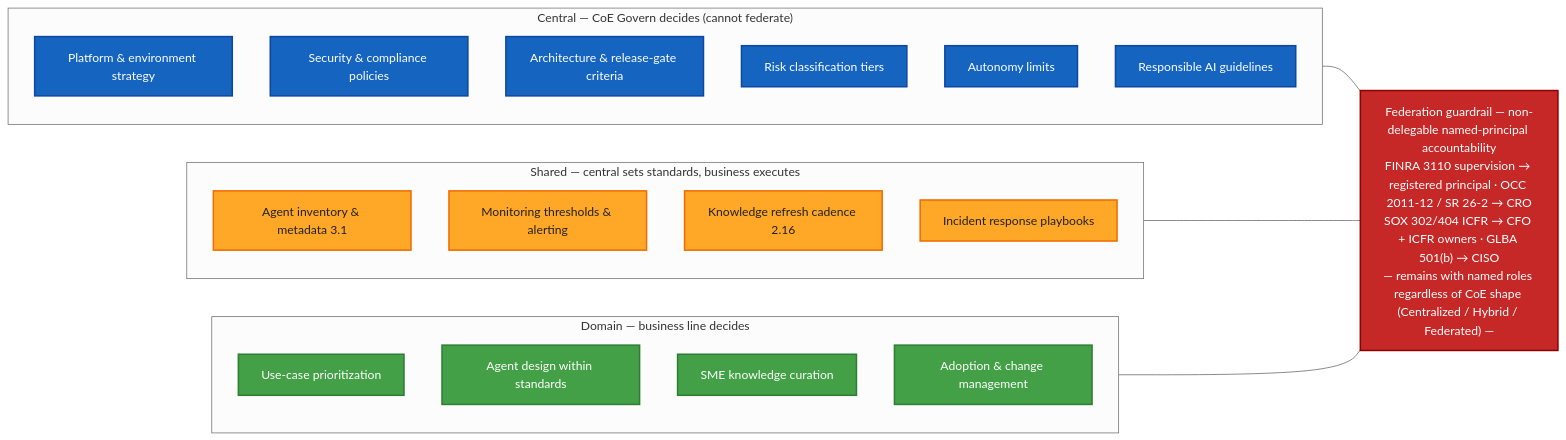
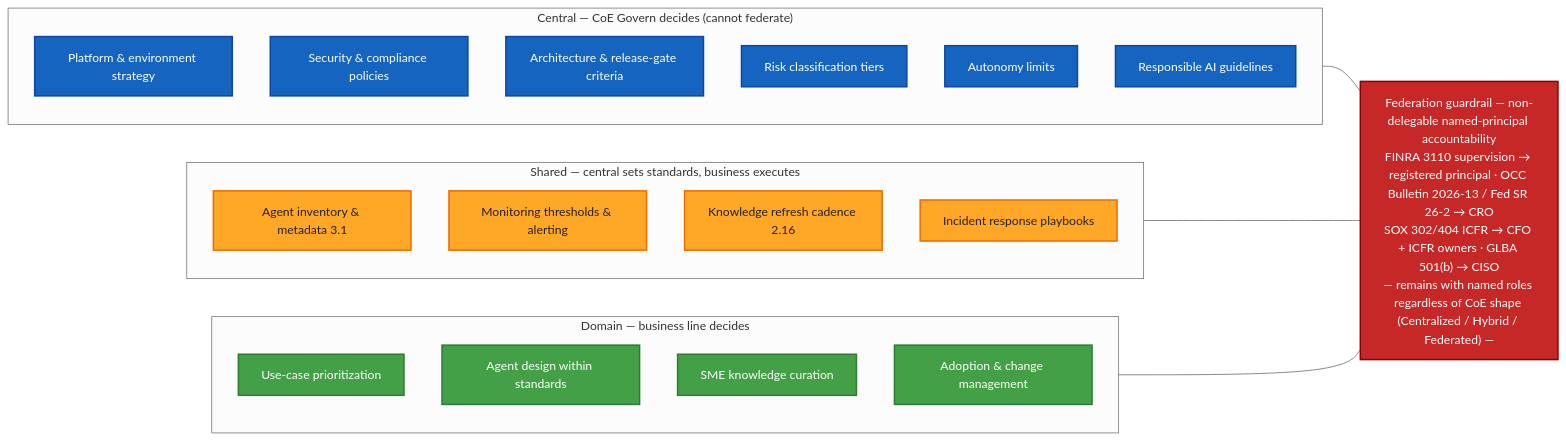
The second of 2 diagrams in docs/framework/agentic-coe.md (judeper/FSI-AgentGov), drawn with Mermaid (neutral theme) before and after one commit. The commit also changed other lines of this file and 317 other files, not shown here.

````diff
--- a/docs/framework/agentic-coe.md
+++ b/docs/framework/agentic-coe.md
@@ -245,39 +245,39 @@
 ```mermaid
 flowchart LR
     classDef central fill:#1565c0,stroke:#0d47a1,color:#fff,stroke-width:2px
     classDef shared fill:#ffa726,stroke:#ef6c00,color:#212121,stroke-width:2px
     classDef domain fill:#43a047,stroke:#2e7d32,color:#fff,stroke-width:2px
     classDef guard fill:#c62828,stroke:#8e0000,color:#fff,stroke-width:2px
 
     subgraph CENTRAL["Central — CoE Govern decides (cannot federate)"]
         direction TB
         C1[Platform & environment strategy]:::central
         C2[Security & compliance policies]:::central
         C3[Architecture & release-gate criteria]:::central
         C4[Risk classification tiers]:::central
         C5[Autonomy limits]:::central
         C6[Responsible AI guidelines]:::central
     end
 
     subgraph SHARED["Shared — central sets standards, business executes"]
         direction TB
         S1[Agent inventory & metadata 3.1]:::shared
         S2[Monitoring thresholds & alerting]:::shared
         S3[Knowledge refresh cadence 2.16]:::shared
         S4[Incident response playbooks]:::shared
     end
 
     subgraph DOMAIN["Domain — business line decides"]
         direction TB
         D1[Use-case prioritization]:::domain
         D2[Agent design within standards]:::domain
         D3[SME knowledge curation]:::domain
         D4[Adoption & change management]:::domain
     end
 
-    GUARD["Federation guardrail — non-delegable named-principal accountability<br/>FINRA 3110 supervision → registered principal · OCC 2011-12 / SR 26-2 → CRO<br/>SOX 302/404 ICFR → CFO + ICFR owners · GLBA 501(b) → CISO<br/>— remains with named roles regardless of CoE shape (Centralized / Hybrid / Federated) —"]:::guard
+    GUARD["Federation guardrail — non-delegable named-principal accountability<br/>FINRA 3110 supervision → registered principal · OCC Bulletin 2026-13 / Fed SR 26-2 → CRO<br/>SOX 302/404 ICFR → CFO + ICFR owners · GLBA 501(b) → CISO<br/>— remains with named roles regardless of CoE shape (Centralized / Hybrid / Federated) —"]:::guard
 
     CENTRAL --- GUARD
     SHARED --- GUARD
     DOMAIN --- GUARD
 ```
````
